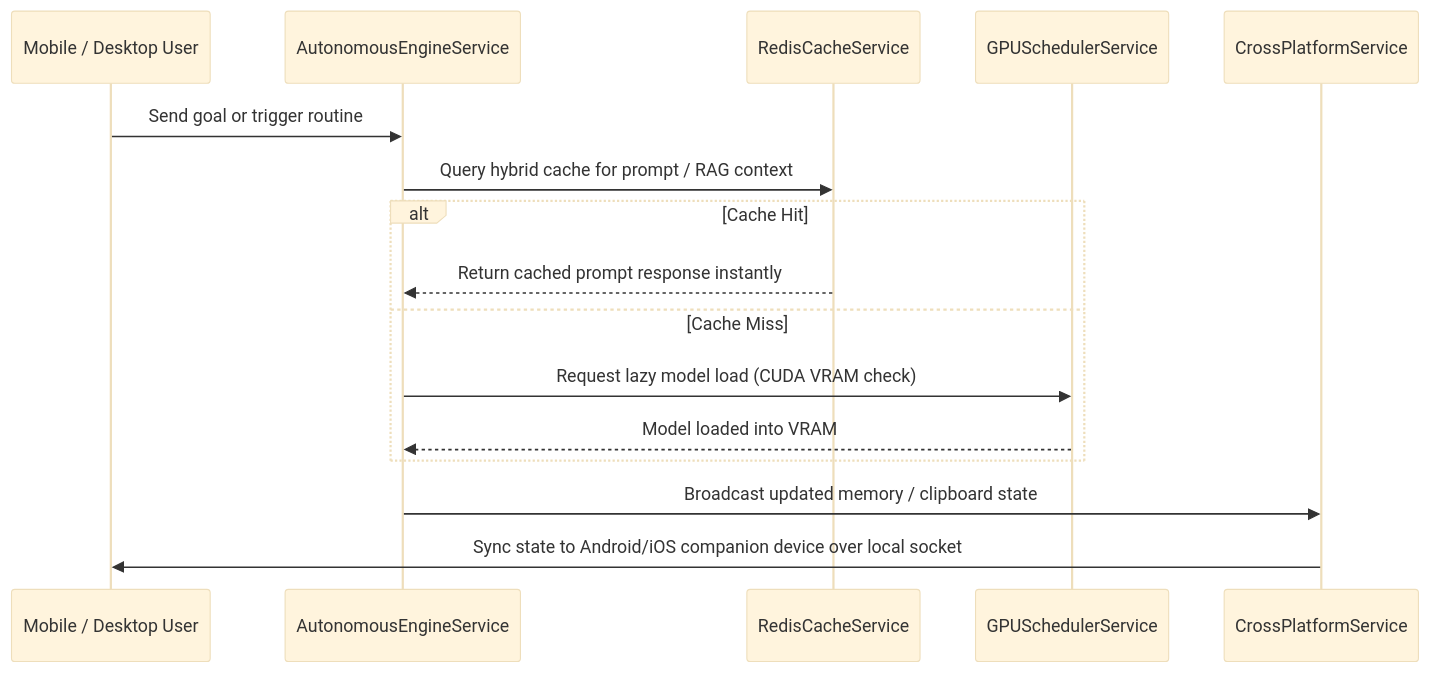
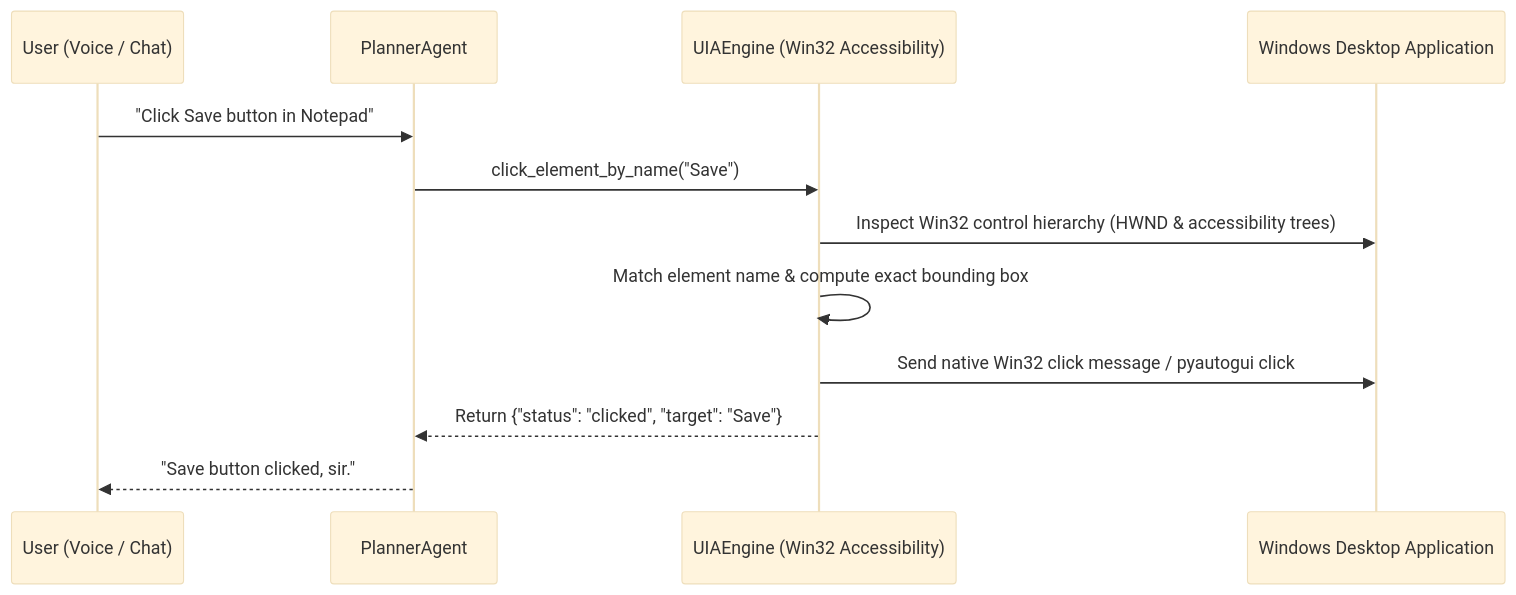
The fourth of 4 diagrams in documentations/Appflow.md (Ashrit-Raghupatruni/JARVIS), drawn with Mermaid (base theme) before and after one commit. The commit also changed other lines of this file and 53 other files, not shown here.

Commit message:
feat(mobile): transform Android companion into 8-tab Mission Control with Gatekeeper, Voice Speech, and Telemetry

````diff
--- a/documentations/Appflow.md
+++ b/documentations/Appflow.md
@@ -188,19 +78,15 @@
 ```mermaid
 sequenceDiagram
-    participant User as Mobile / Desktop User
-    participant Auto as AutonomousEngineService
-    participant Cache as RedisCacheService
-    participant GPU as GPUSchedulerService
-    participant Sync as CrossPlatformService
+    participant User as User (Voice / Chat)
+    participant Planner as PlannerAgent
+    participant UIA as UIAEngine (Win32 Accessibility)
+    participant Win as Windows Desktop Application
     
-    User->>Auto: Send goal or trigger routine
-    Auto->>Cache: Query hybrid cache for prompt / RAG context
-    alt Cache Hit
-        Cache-->>Auto: Return cached prompt response instantly
-    else Cache Miss
-        Auto->>GPU: Request lazy model load (CUDA VRAM check)
-        GPU-->>Auto: Model loaded into VRAM
-    end
-    Auto->>Sync: Broadcast updated memory / clipboard state
-    Sync->>User: Sync state to Android/iOS companion device over local socket
+    User->>Planner: "Click Save button in Notepad"
+    Planner->>UIA: click_element_by_name("Save")
+    UIA->>Win: Inspect Win32 control hierarchy (HWND & accessibility trees)
+    UIA->>UIA: Match element name & compute exact bounding box
+    UIA->>Win: Send native Win32 click message / pyautogui click
+    UIA-->>Planner: Return {"status": "clicked", "target": "Save"}
+    Planner-->>User: "Save button clicked, sir."
 ```
````
